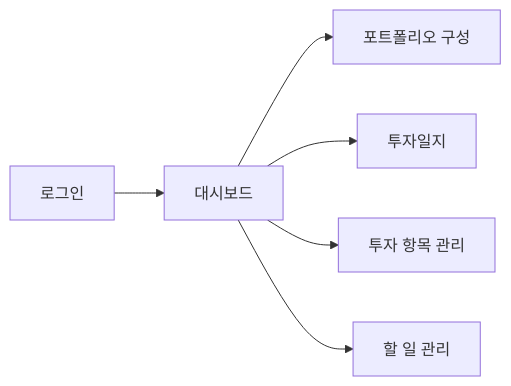
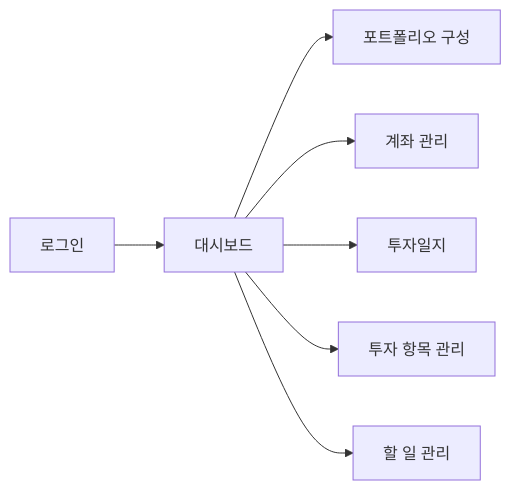
Before and after one commit to Ka-Young-Kim/project_1st: the first of 5 diagrams in docs/architecture.md, drawn with Mermaid. The commit also changed other lines of this file and 24 other files, not shown here.

Commit message:
Separate account management flow from portfolio setup

````diff
--- a/docs/architecture.md
+++ b/docs/architecture.md
@@ -7,8 +7,9 @@
 ```mermaid
 flowchart LR
   Login[로그인] --> Dashboard[대시보드]
   Dashboard --> Portfolios[포트폴리오 구성]
+  Dashboard --> Accounts[계좌 관리]
   Dashboard --> Journal[투자일지]
   Dashboard --> Items[투자 항목 관리]
   Dashboard --> Todos[할 일 관리]
 ```
````
